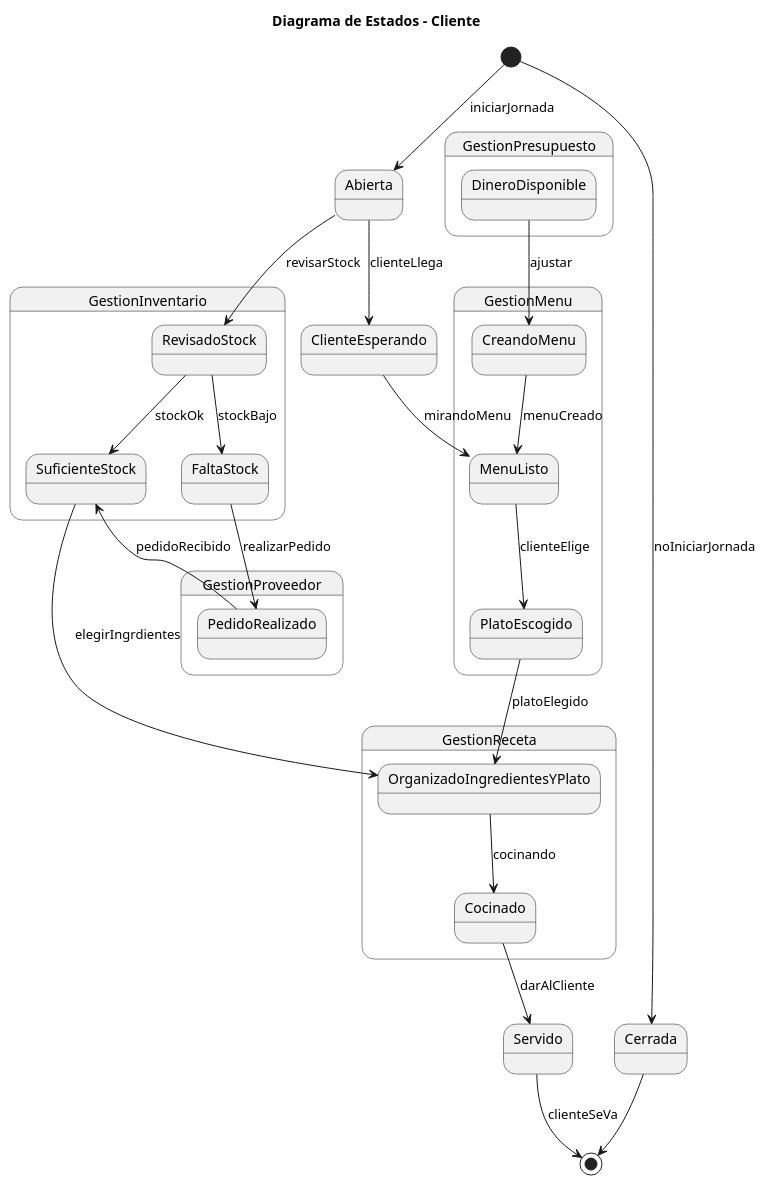
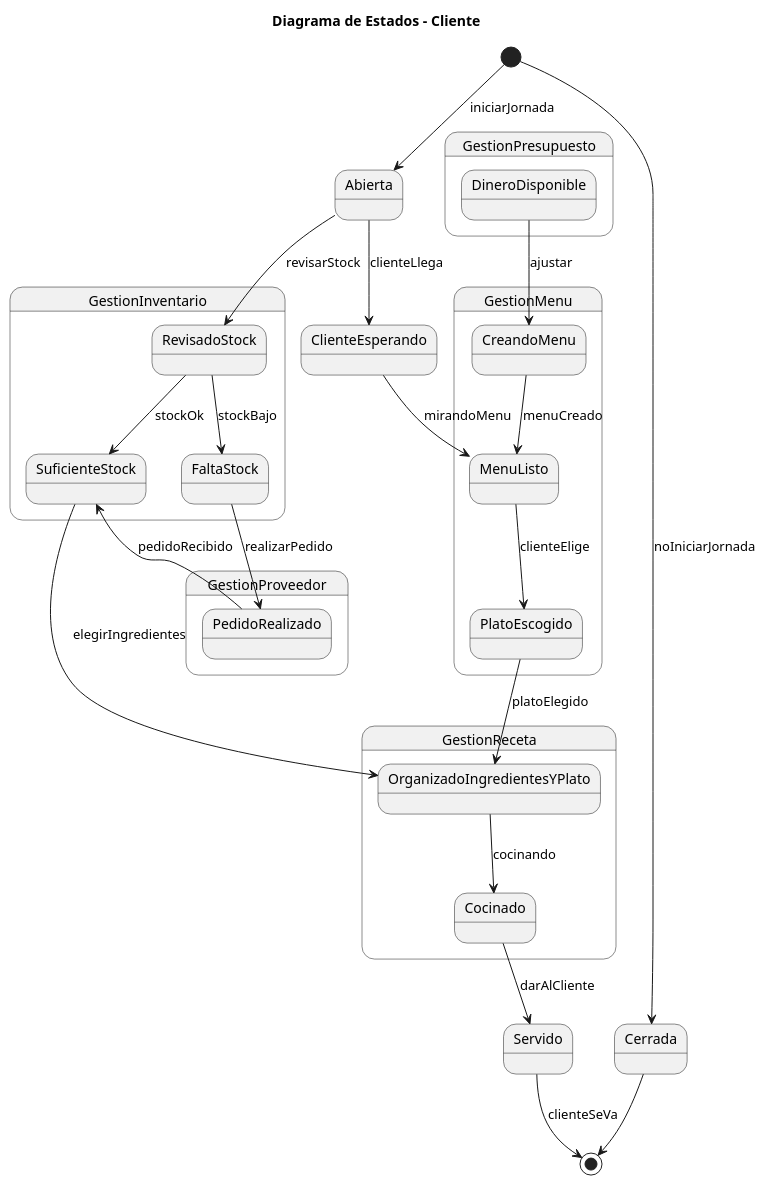
The diagram in entregas/arronizMaria/modelosUML/finalAprox/DE-ClienteCafe.puml (mmasias/25-26-IDSW1), drawn with PlantUML before and after one commit. The commit also changed 3 other files, not shown here.

```diff
--- a/entregas/arronizMaria/modelosUML/finalAprox/DE-ClienteCafe.puml
+++ b/entregas/arronizMaria/modelosUML/finalAprox/DE-ClienteCafe.puml
@@ -1,40 +1,40 @@
 @startuml
 title Diagrama de Estados - Cliente
 
 [*] --> Abierta : iniciarJornada
 [*] --> Cerrada : noIniciarJornada
 Abierta --> ClienteEsperando: clienteLlega
 
 
 state GestionInventario {
     Abierta --> RevisadoStock : revisarStock
     RevisadoStock --> FaltaStock : stockBajo
     RevisadoStock --> SuficienteStock : stockOk
 }
 
 state GestionProveedor {
     FaltaStock --> PedidoRealizado : realizarPedido
     PedidoRealizado --> SuficienteStock : pedidoRecibido
 }
 
 state GestionMenu {
     ClienteEsperando --> MenuListo : mirandoMenu
     CreandoMenu --> MenuListo : menuCreado
     MenuListo --> PlatoEscogido : clienteElige
 }
 
 state GestionPresupuesto {
     DineroDisponible --> CreandoMenu: ajustar
 }
 
 state GestionReceta {
-    SuficienteStock --> OrganizadoIngredientesYPlato : elegirIngrdientes
+    SuficienteStock --> OrganizadoIngredientesYPlato : elegirIngredientes
     PlatoEscogido --> OrganizadoIngredientesYPlato : platoElegido
     OrganizadoIngredientesYPlato --> Cocinado : cocinando
 }
 
 Cocinado --> Servido : darAlCliente
 Servido --> [*] : clienteSeVa
 Cerrada --> [*]
 
 @enduml
```
